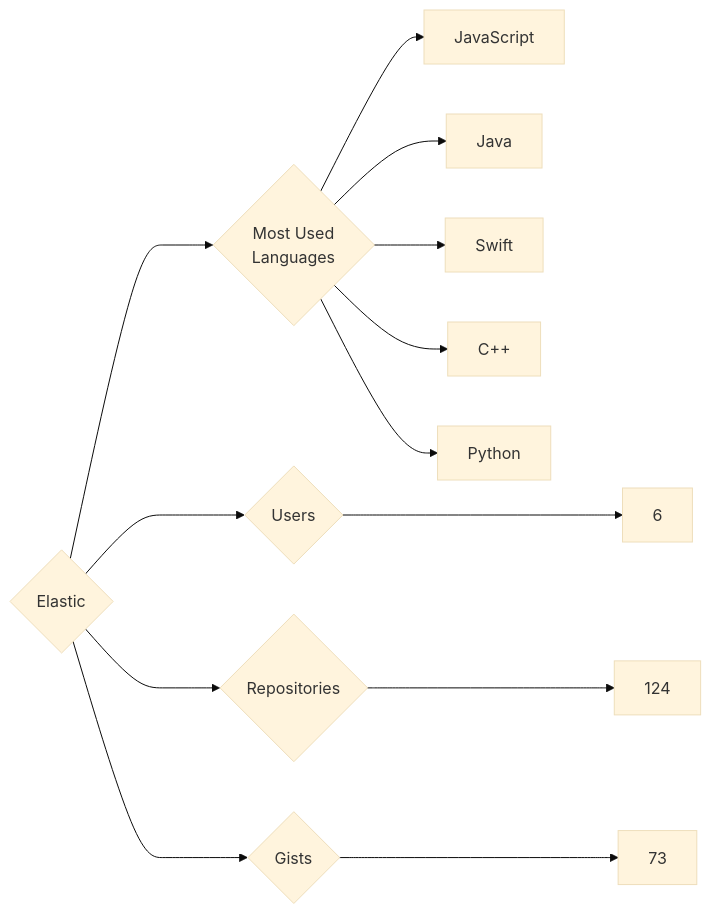
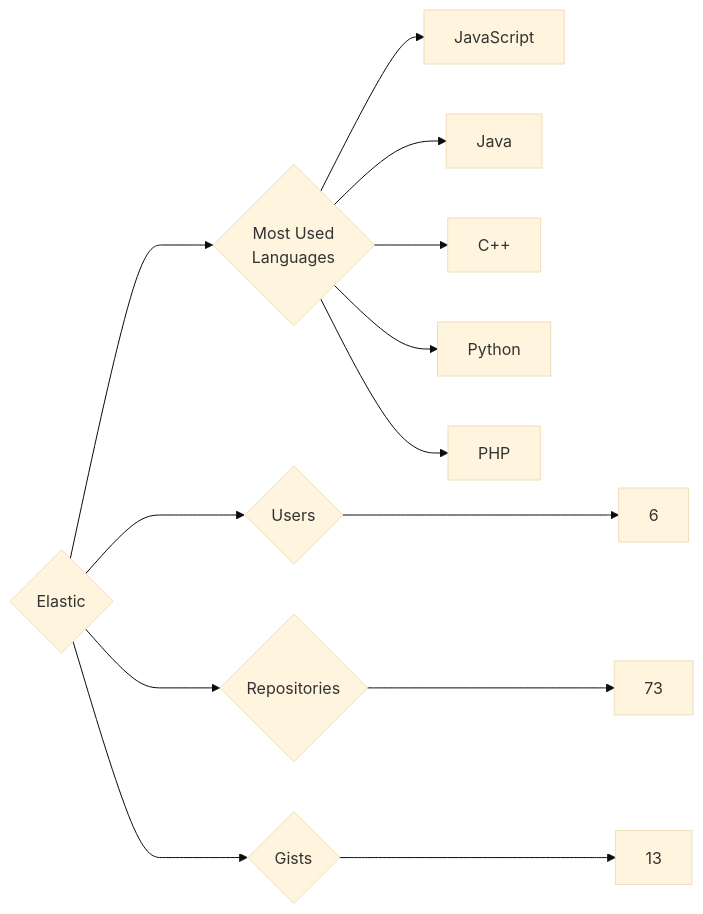
One commit to trickest/insiders changed the diagram in targets/Elastic/README.md. Above: the diagram before and after it, drawn with Mermaid (base theme). The commit also changed 880 other files, not shown here.

````diff
--- a/targets/Elastic/README.md
+++ b/targets/Elastic/README.md
@@ -3,13 +3,13 @@
 ```mermaid
 graph LR
 COMPANY_NAME{Elastic}
 COMPANY_NAME ---> U{Users} ---> UN[6]
-COMPANY_NAME ---> R{Repositories} ---> RN[124]
-COMPANY_NAME ---> G{Gists} ---> GN[73]
+COMPANY_NAME ---> R{Repositories} ---> RN[73]
+COMPANY_NAME ---> G{Gists} ---> GN[13]
 COMPANY_NAME ---> ML{Most Used<br>Languages}
 ML --> JavaScript[JavaScript]
 ML --> Java[Java]
-ML --> Swift[Swift]
 ML --> C++[C++]
 ML --> Python[Python]
+ML --> PHP[PHP]
 ```
````
